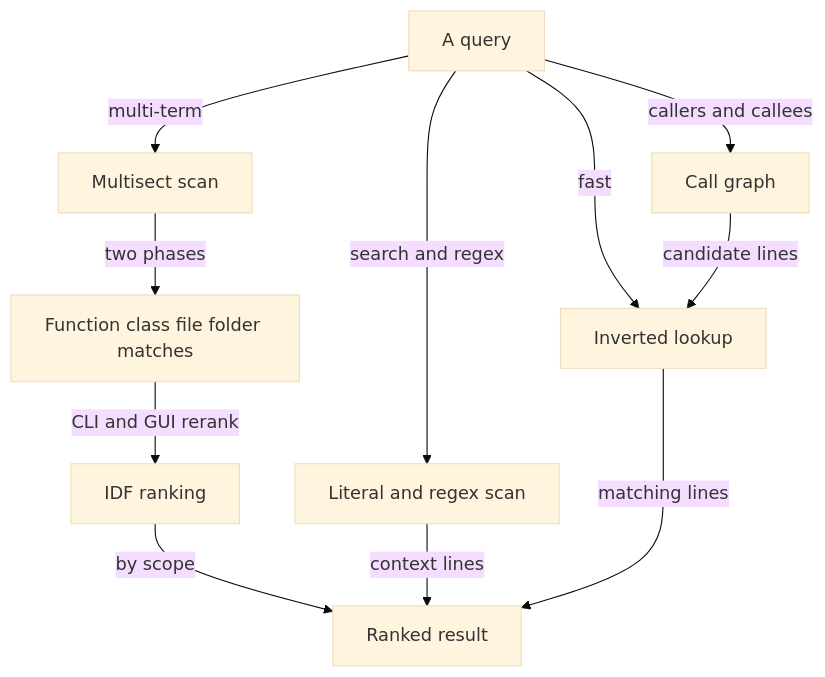
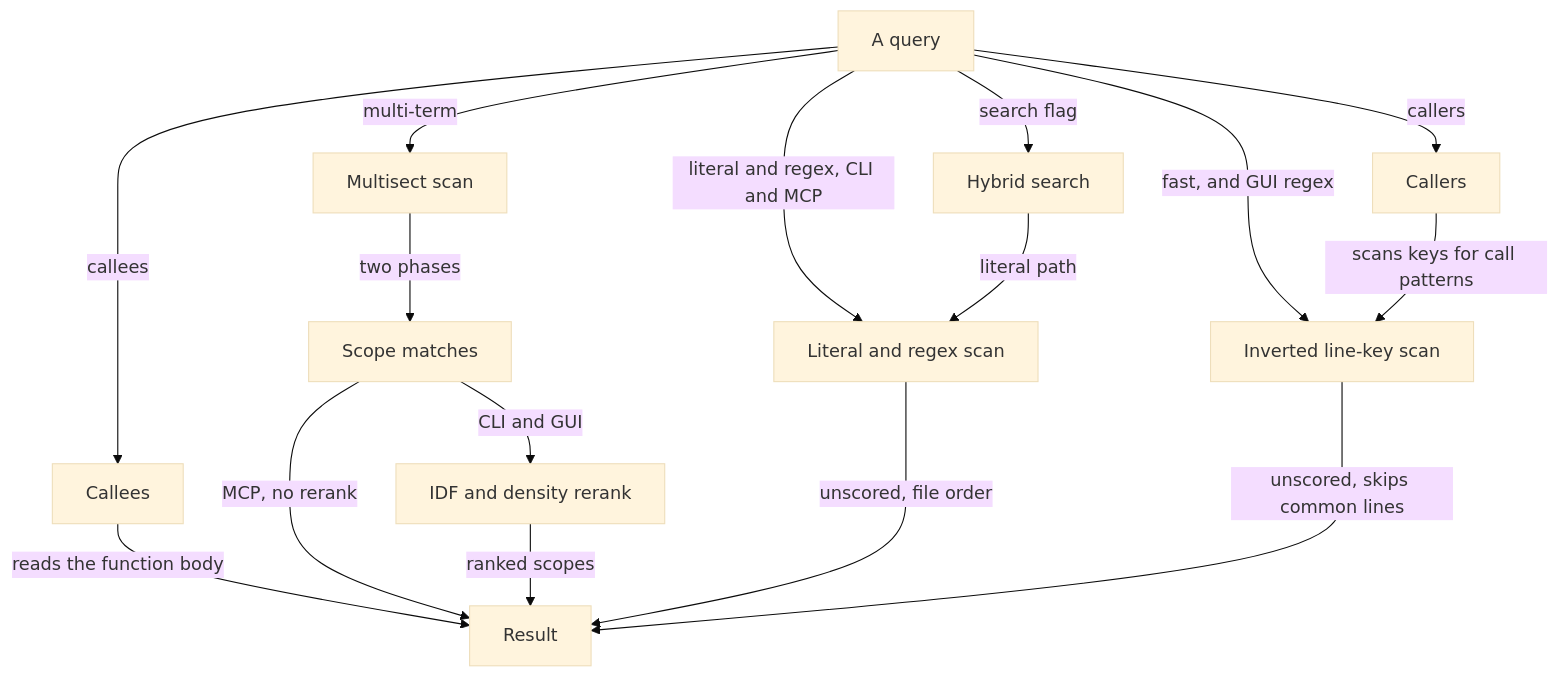
Before and after one commit to aschulman42-cell/code-exam: the diagram in docs/orientation/architecture/03-query-flow.mmd, drawn with Mermaid (base theme). The commit also changed 14 other files, not shown here.

```diff
--- a/docs/orientation/architecture/03-query-flow.mmd
+++ b/docs/orientation/architecture/03-query-flow.mmd
@@ -1,23 +1,31 @@
 flowchart TD
   query[A query]
+  hybrid[Hybrid search]
   literal[Literal and regex scan]
-  inverted[Inverted lookup]
+  inverted[Inverted line-key scan]
   multisect[Multisect scan]
-  calls[Call graph]
-  scopes[Function class file folder matches]
-  idf[IDF ranking]
-  result[Ranked result]
+  scopes[Scope matches]
+  idf[IDF and density rerank]
+  callers[Callers]
+  callees[Callees]
+  result[Result]
 
-  query -->|search and regex| literal
-  query -->|fast| inverted
+  query -->|literal and regex, CLI and MCP| literal
+  query -->|search flag| hybrid
+  hybrid -->|literal path| literal
+  query -->|fast, and GUI regex| inverted
   query -->|multi-term| multisect
-  query -->|callers and callees| calls
-  calls -->|candidate lines| inverted
+  query -->|callers| callers
+  query -->|callees| callees
+  callers -->|scans keys for call patterns| inverted
+  callees -->|reads the function body| result
   multisect -->|two phases| scopes
-  scopes -->|CLI and GUI rerank| idf
-  idf -->|by scope| result
-  literal -->|context lines| result
-  inverted -->|matching lines| result
+  scopes -->|CLI and GUI| idf
+  scopes -->|MCP, no rerank| result
+  idf -->|ranked scopes| result
+  literal -->|unscored, file order| result
+  inverted -->|unscored, skips common lines| result
 
-%% tip: Multisect scan :: Scans fileLines with regexes. It does not use the inverted index.
-%% tip: Call graph :: Callers do use the inverted index.
+%% tip: Inverted line-key scan :: Tests every stored line against the pattern. Lines in more than 50 files were never stored.
+%% tip: Multisect scan :: Scans file lines directly. It does not use the inverted index.
+%% tip: IDF and density rerank :: Only multisect results are ranked; literal and inverted results carry a score of 0.
```
